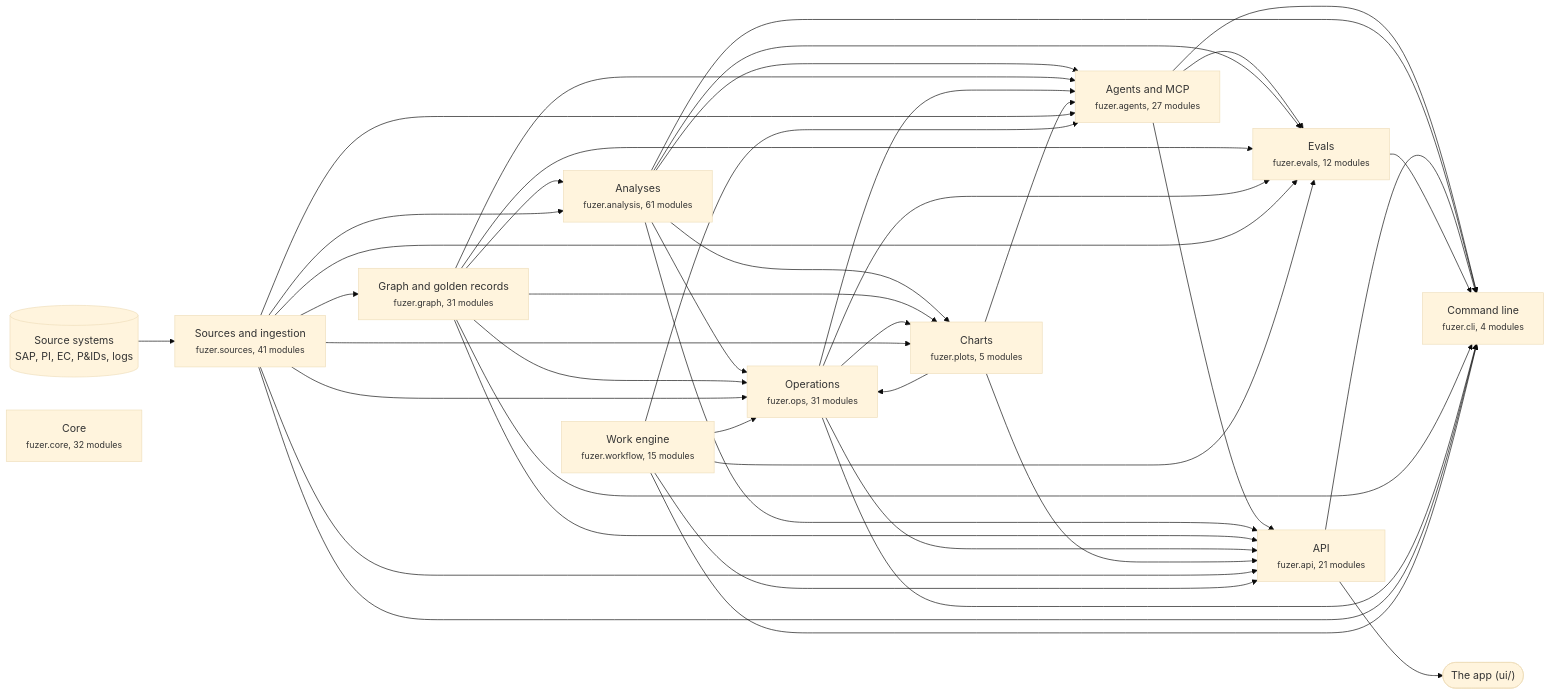
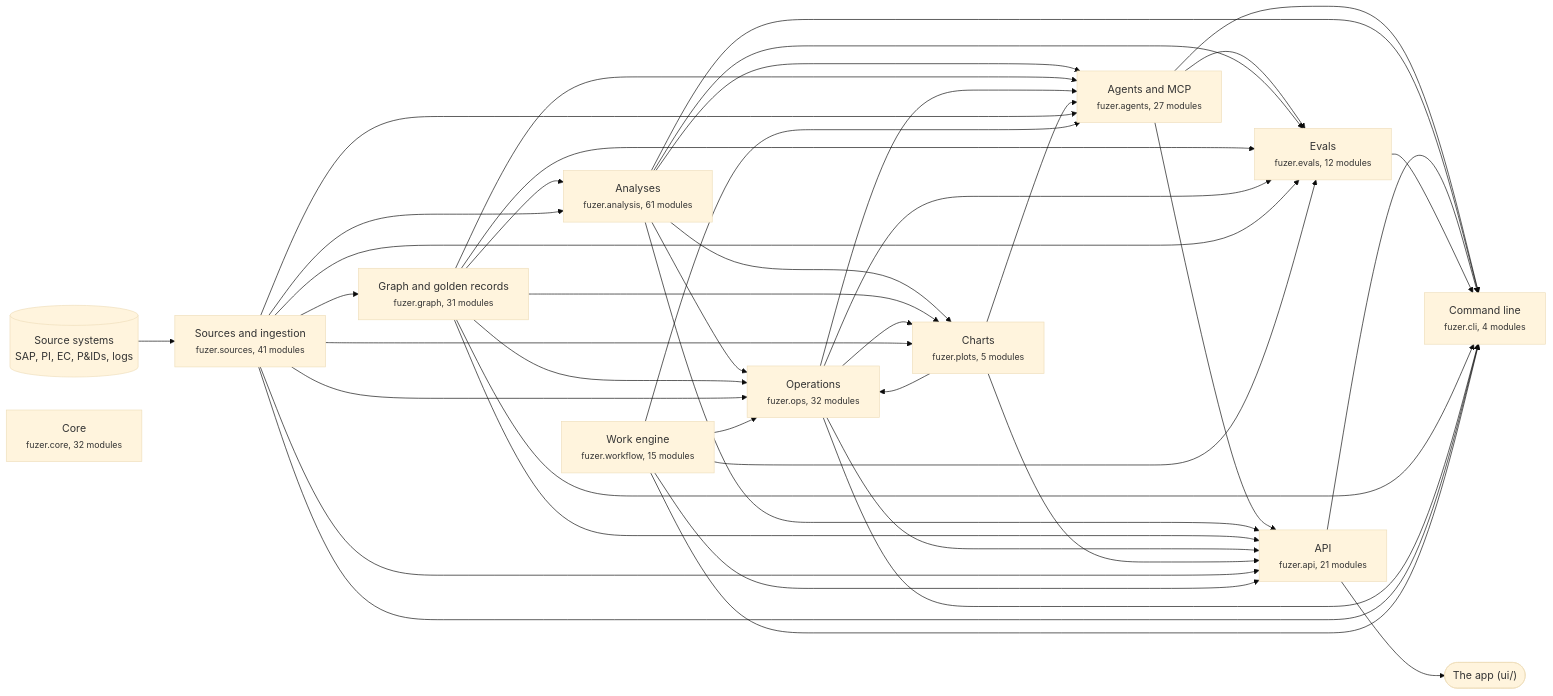
The first of 3 diagrams in docs/architecture.md (areed145/fuzer), drawn with Mermaid (base theme) before and after one commit. The commit also changed other lines of this file and 11 other files, not shown here.

````diff
--- a/docs/architecture.md
+++ b/docs/architecture.md
@@ -8,67 +8,67 @@
 ```mermaid
 flowchart LR
   systems[("Source systems<br>SAP, PI, EC, P&IDs, logs")] --> c_sources
   app(["The app (ui/)"])
   c_api --> app
   c_sources["Sources and ingestion<br><small>fuzer.sources, 41 modules</small>"]
   c_graph["Graph and golden records<br><small>fuzer.graph, 31 modules</small>"]
   c_analysis["Analyses<br><small>fuzer.analysis, 61 modules</small>"]
-  c_ops["Operations<br><small>fuzer.ops, 31 modules</small>"]
+  c_ops["Operations<br><small>fuzer.ops, 32 modules</small>"]
   c_plots["Charts<br><small>fuzer.plots, 5 modules</small>"]
   c_workflow["Work engine<br><small>fuzer.workflow, 15 modules</small>"]
   c_agents["Agents and MCP<br><small>fuzer.agents, 27 modules</small>"]
   c_evals["Evals<br><small>fuzer.evals, 12 modules</small>"]
   c_api["API<br><small>fuzer.api, 21 modules</small>"]
   c_cli["Command line<br><small>fuzer.cli, 4 modules</small>"]
   c_core["Core<br><small>fuzer.core, 32 modules</small>"]
   c_sources --> c_graph
   c_graph --> c_analysis
   c_sources --> c_analysis
   c_analysis --> c_ops
   c_graph --> c_ops
   c_plots --> c_ops
   c_sources --> c_ops
   c_workflow --> c_ops
   c_analysis --> c_plots
   c_graph --> c_plots
   c_ops --> c_plots
   c_sources --> c_plots
   c_analysis --> c_agents
   c_graph --> c_agents
   c_ops --> c_agents
   c_plots --> c_agents
   c_sources --> c_agents
   c_workflow --> c_agents
   c_agents --> c_evals
   c_analysis --> c_evals
   c_graph --> c_evals
   c_ops --> c_evals
   c_sources --> c_evals
   c_workflow --> c_evals
   c_agents --> c_api
   c_analysis --> c_api
   c_graph --> c_api
   c_ops --> c_api
   c_plots --> c_api
   c_sources --> c_api
   c_workflow --> c_api
   c_agents --> c_cli
   c_analysis --> c_cli
   c_api --> c_cli
   c_evals --> c_cli
   c_graph --> c_cli
   c_ops --> c_cli
   c_sources --> c_cli
   c_workflow --> c_cli
   click c_sources "https://github.com/areed145/fuzer/tree/main/src/fuzer/sources"
   click c_graph "https://github.com/areed145/fuzer/tree/main/src/fuzer/graph"
   click c_analysis "https://github.com/areed145/fuzer/tree/main/src/fuzer/analysis"
   click c_ops "https://github.com/areed145/fuzer/tree/main/src/fuzer/ops"
   click c_plots "https://github.com/areed145/fuzer/tree/main/src/fuzer/plots"
   click c_workflow "https://github.com/areed145/fuzer/tree/main/src/fuzer/workflow"
   click c_agents "https://github.com/areed145/fuzer/tree/main/src/fuzer/agents"
   click c_evals "https://github.com/areed145/fuzer/tree/main/src/fuzer/evals"
   click c_api "https://github.com/areed145/fuzer/tree/main/src/fuzer/api"
   click c_cli "https://github.com/areed145/fuzer/tree/main/src/fuzer/cli"
   click c_core "https://github.com/areed145/fuzer/tree/main/src/fuzer/core"
 ```
````
